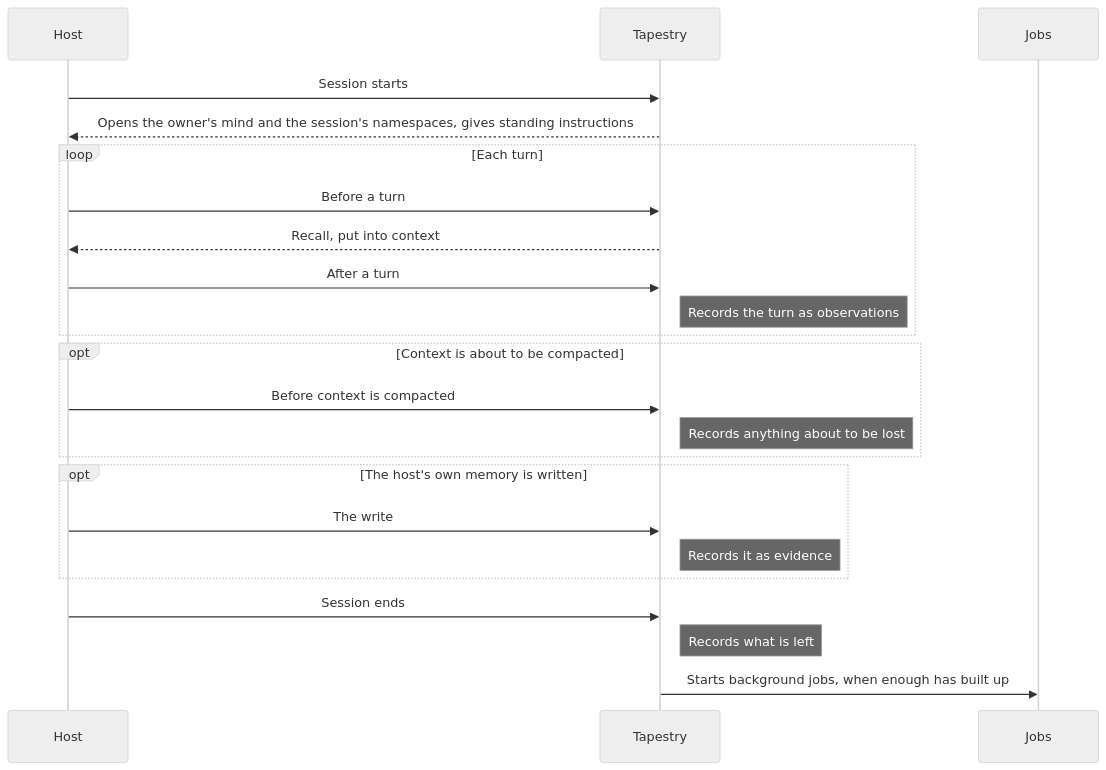
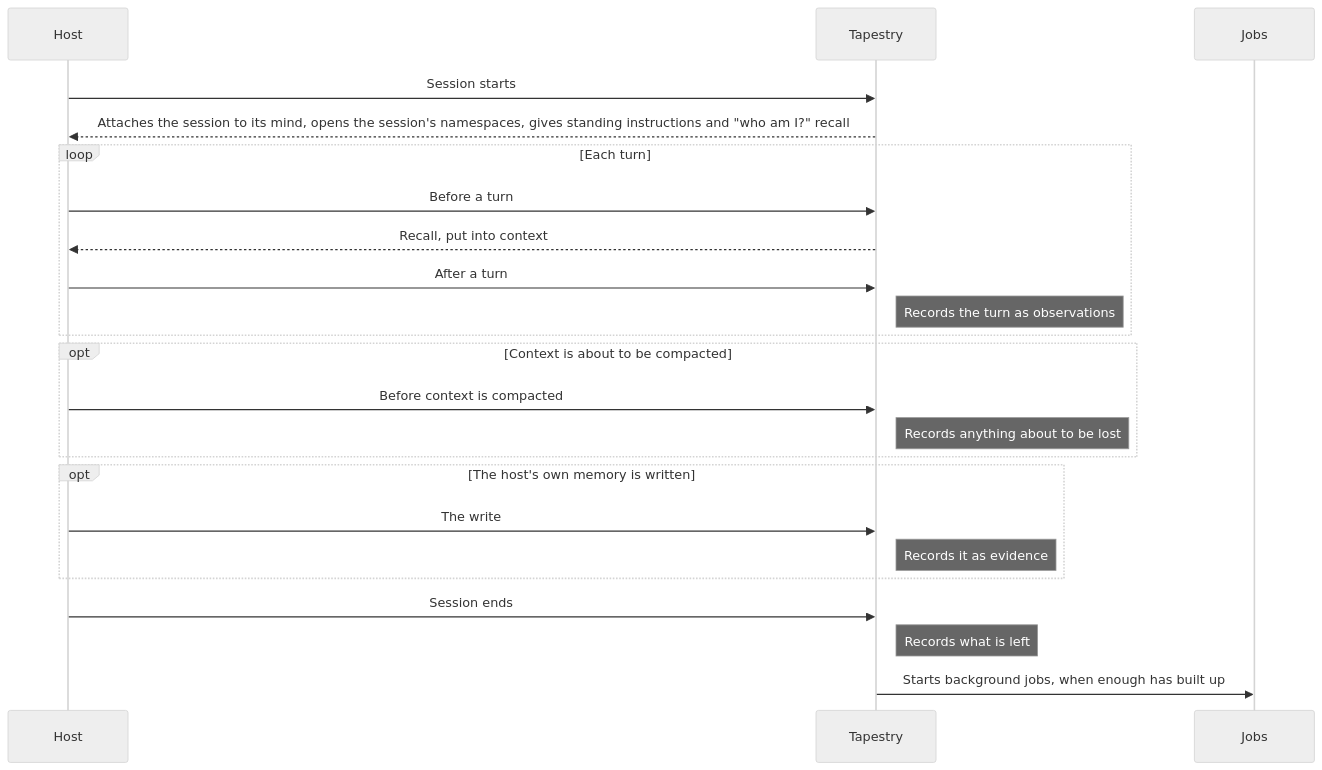
The diagram in docs/interfaces/HOOKS.md (willregelmann/tapestry), drawn with Mermaid (neutral theme) before and after one commit. The commit also changed other lines of this file and 30 other files, not shown here.

````diff
--- a/docs/interfaces/HOOKS.md
+++ b/docs/interfaces/HOOKS.md
@@ -16,25 +16,25 @@
 ```mermaid
 sequenceDiagram
     participant H as Host
     participant T as Tapestry
     participant J as Jobs
     H->>T: Session starts
-    T-->>H: Opens the owner's mind and the session's namespaces, gives standing instructions
+    T-->>H: Attaches the session to its mind, opens the session's namespaces, gives standing instructions and "who am I?" recall
     loop Each turn
         H->>T: Before a turn
         T-->>H: Recall, put into context
         H->>T: After a turn
         Note right of T: Records the turn as observations
     end
     opt Context is about to be compacted
         H->>T: Before context is compacted
         Note right of T: Records anything about to be lost
     end
     opt The host's own memory is written
         H->>T: The write
         Note right of T: Records it as evidence
     end
     H->>T: Session ends
     Note right of T: Records what is left
     T->>J: Starts background jobs, when enough has built up
 ```
````
